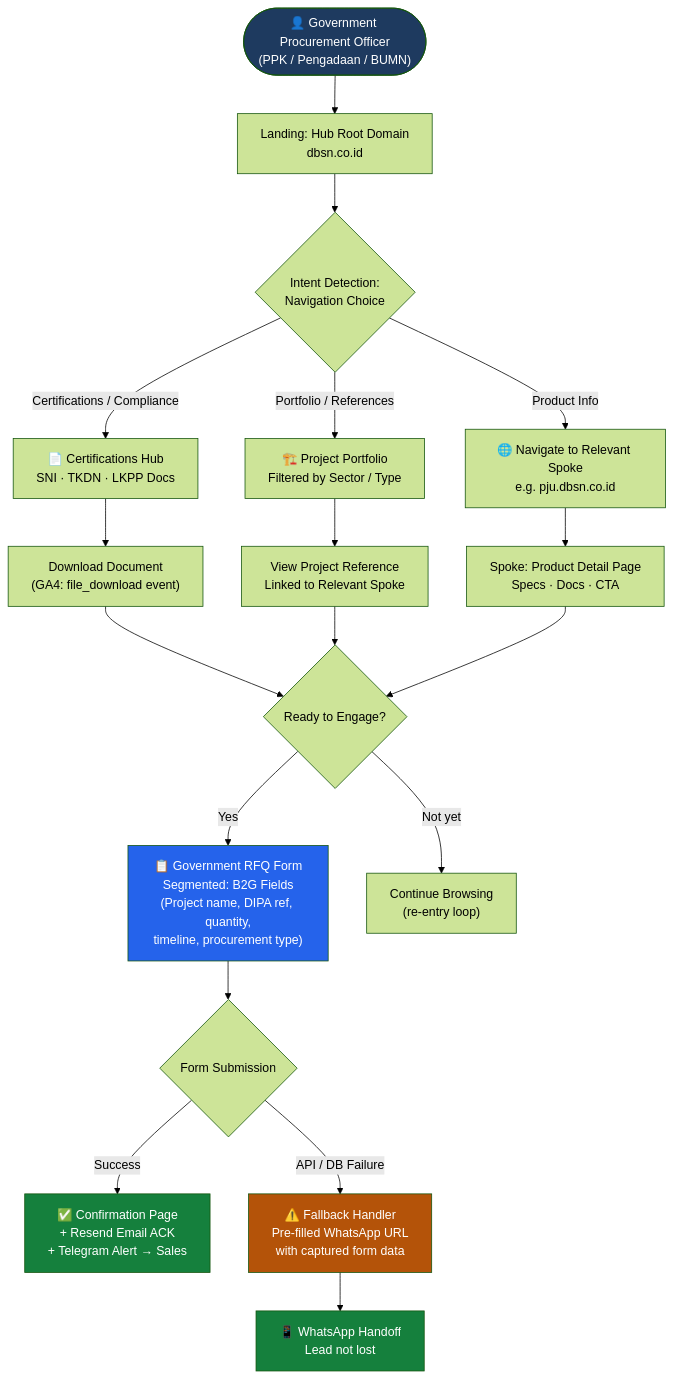
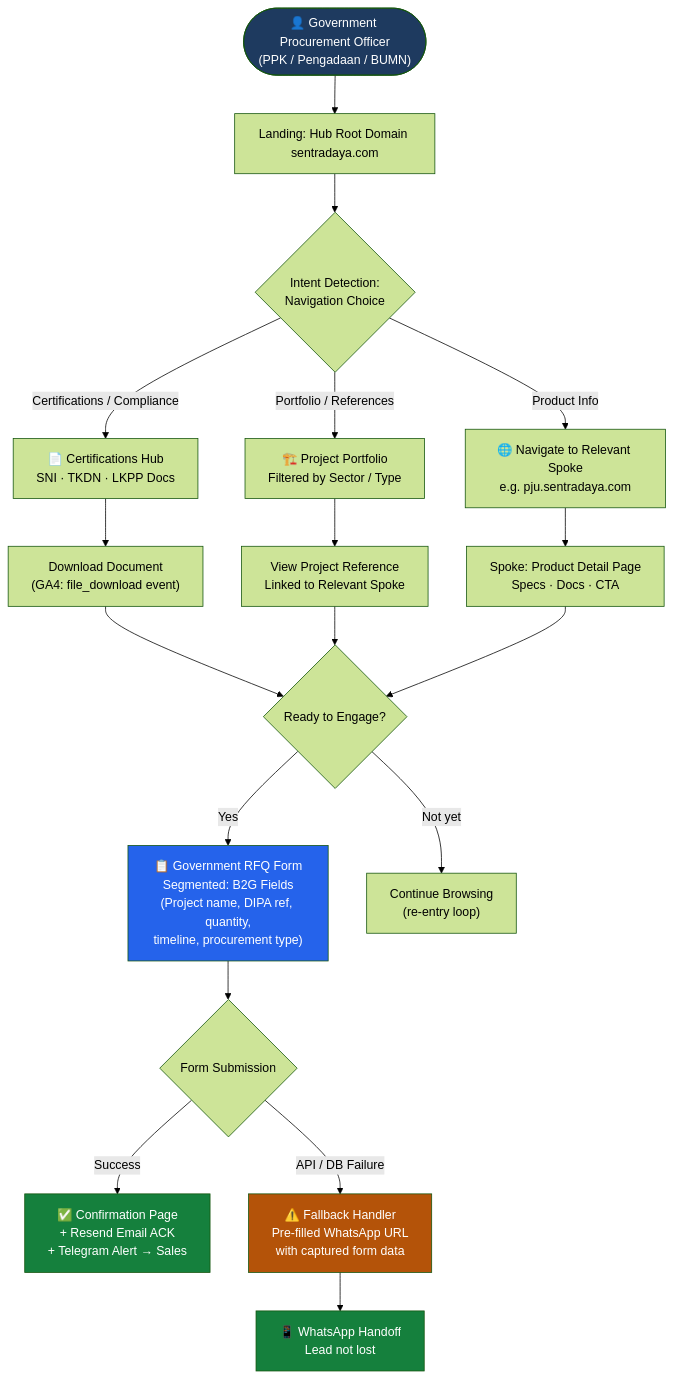
The second of 4 diagrams in prd-v2.md (pampam666/awesome-website-test), drawn with Mermaid (forest theme) before and after one commit. The commit also changed other lines of this file, not shown here.

Commit message:
Update sub-domain references in PRD to reflect new domain structure

````diff
--- a/prd-v2.md
+++ b/prd-v2.md
@@ -148,25 +148,25 @@
 ```mermaid
 flowchart TD
     A(["👤 Government Procurement Officer\n(PPK / Pengadaan / BUMN)"])
-    A --> B["Landing: Hub Root Domain\ndbsn.co.id"]
+    A --> B["Landing: Hub Root Domain sentradaya.com"]
     B --> C{"Intent Detection:\nNavigation Choice"}
     C -->|"Certifications / Compliance"| D["📄 Certifications Hub\nSNI · TKDN · LKPP Docs"]
     C -->|"Portfolio / References"| E["🏗️ Project Portfolio\nFiltered by Sector / Type"]
-    C -->|"Product Info"| F["🌐 Navigate to Relevant Spoke\ne.g. pju.dbsn.co.id"]
+    C -->|"Product Info"| F["🌐 Navigate to Relevant Spoke\ne.g. pju.sentradaya.com"]
     D --> G["Download Document\n(GA4: file_download event)"]
     E --> H["View Project Reference\nLinked to Relevant Spoke"]
     F --> I["Spoke: Product Detail Page\nSpecs · Docs · CTA"]
     G & H & I --> J{"Ready to Engage?"}
     J -->|"Yes"| K["📋 Government RFQ Form\nSegmented: B2G Fields\n(Project name, DIPA ref, quantity,\ntimeline, procurement type)"]
     J -->|"Not yet"| L["Continue Browsing\n(re-entry loop)"]
     K --> M{"Form Submission"}
     M -->|"Success"| N["✅ Confirmation Page\n+ Resend Email ACK\n+ Telegram Alert → Sales"]
     M -->|"API / DB Failure"| O["⚠️ Fallback Handler\nPre-filled WhatsApp URL\nwith captured form data"]
     O --> P["📱 WhatsApp Handoff\nLead not lost"]
 
     style A fill:#1e3a5f,color:#fff
     style K fill:#2563eb,color:#fff
     style N fill:#15803d,color:#fff
     style O fill:#b45309,color:#fff
     style P fill:#15803d,color:#fff
 ```
````
